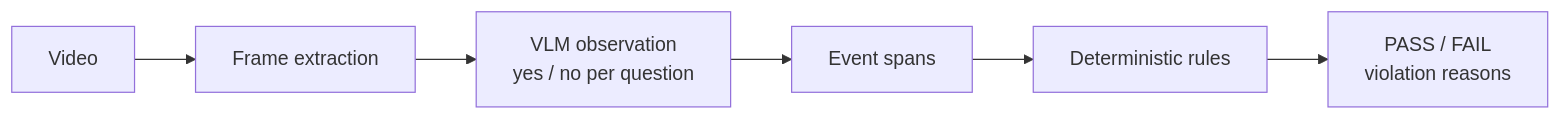
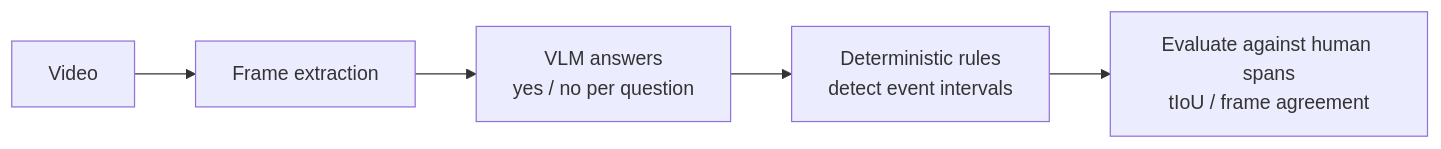
Before and after one commit to shure-dev/small_vlm_video_analysis: the diagram in README.en.md, drawn with Mermaid. The commit also changed other lines of this file and 47 other files, not shown here.

````diff
--- a/README.en.md
+++ b/README.en.md
@@ -62,8 +67,7 @@
 ```mermaid
 flowchart LR
     A[Video] --> B[Frame extraction]
-    B --> C[VLM observation<br/>yes / no per question]
-    C --> D[Event spans]
-    D --> E[Deterministic rules]
-    E --> F[PASS / FAIL<br/>violation reasons]
+    B --> C[VLM answers<br/>yes / no per question]
+    C --> D[Deterministic rules<br/>detect event intervals]
+    D --> E[Evaluate against human spans<br/>tIoU / frame agreement]
 ```
````
